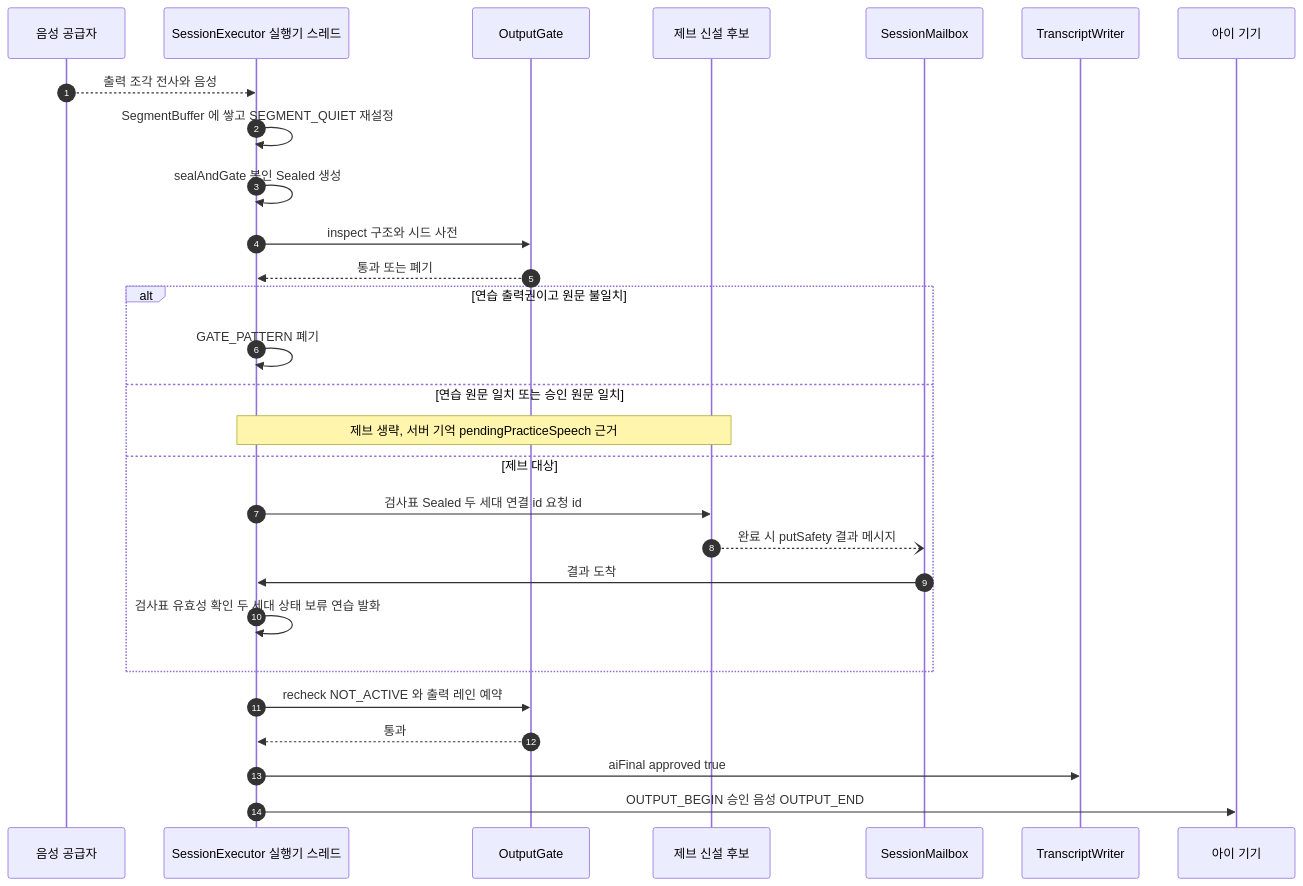
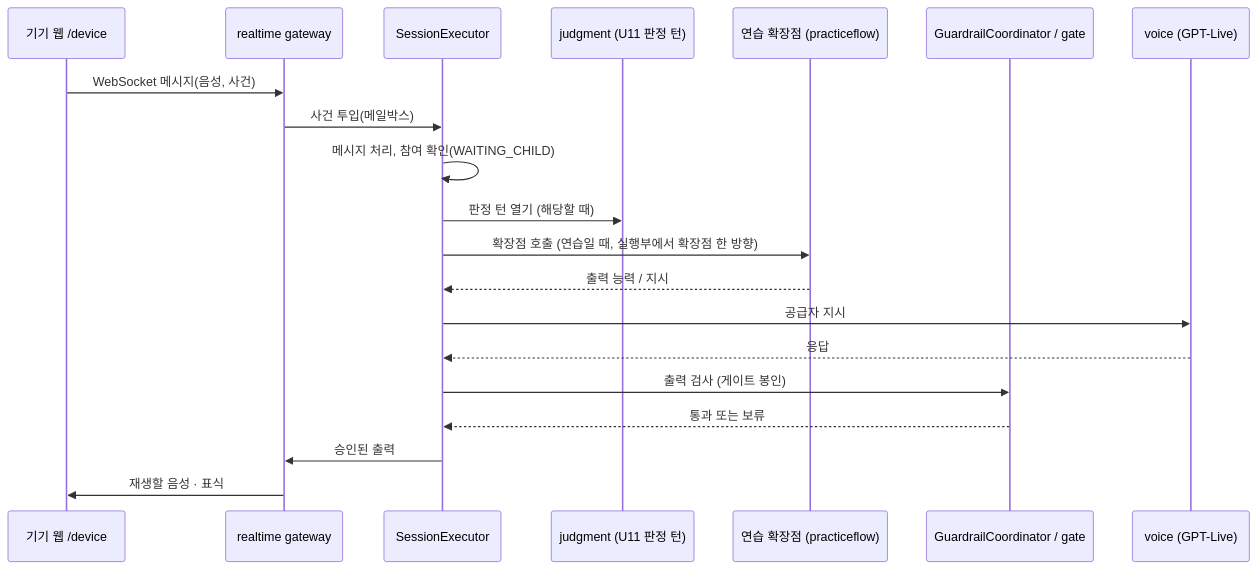
One commit to team-jomyung/mujungi changed the second of 3 diagrams in aidlc/spaces/default/codekb/mujungi/architecture.md. Above: the diagram before and after it, drawn with Mermaid. The commit also changed other lines of this file and 34 other files, not shown here.

````diff
--- a/aidlc/spaces/default/codekb/mujungi/architecture.md
+++ b/aidlc/spaces/default/codekb/mujungi/architecture.md
@@ -185,30 +53,22 @@
 ```mermaid
 sequenceDiagram
-    autonumber
-    participant V as 음성 공급자
-    participant E as SessionExecutor 실행기 스레드
-    participant G as OutputGate
-    participant J as 제브 신설 후보
-    participant M as SessionMailbox
-    participant W as TranscriptWriter
-    participant D as 아이 기기
-    V-->>E: 출력 조각 전사와 음성
-    E->>E: SegmentBuffer 에 쌓고 SEGMENT_QUIET 재설정
-    E->>E: sealAndGate 봉인 Sealed 생성
-    E->>G: inspect 구조와 시드 사전
-    G-->>E: 통과 또는 폐기
-    alt 연습 출력권이고 원문 불일치
-        E->>E: GATE_PATTERN 폐기
-    else 연습 원문 일치 또는 승인 원문 일치
-        Note over E,J: 제브 생략, 서버 기억 pendingPracticeSpeech 근거
-    else 제브 대상
-        E->>J: 검사표 Sealed 두 세대 연결 id 요청 id
-        J--)M: 완료 시 putSafety 결과 메시지
-        M->>E: 결과 도착
-        E->>E: 검사표 유효성 확인 두 세대 상태 보류 연습 발화
-    end
-    E->>G: recheck NOT_ACTIVE 와 출력 레인 예약
-    G-->>E: 통과
-    E->>W: aiFinal approved true
-    E->>D: OUTPUT_BEGIN 승인 음성 OUTPUT_END
+  participant Dev as 기기 웹 /device
+  participant GW as realtime gateway
+  participant EX as SessionExecutor
+  participant JU as judgment (U11 판정 턴)
+  participant PX as 연습 확장점 (practiceflow)
+  participant GR as GuardrailCoordinator / gate
+  participant VO as voice (GPT-Live)
+  Dev->>GW: WebSocket 메시지(음성, 사건)
+  GW->>EX: 사건 투입(메일박스)
+  EX->>EX: 메시지 처리, 참여 확인(WAITING_CHILD)
+  EX->>JU: 판정 턴 열기 (해당할 때)
+  EX->>PX: 확장점 호출 (연습일 때, 실행부에서 확장점 한 방향)
+  PX-->>EX: 출력 능력 / 지시
+  EX->>VO: 공급자 지시
+  VO-->>EX: 응답
+  EX->>GR: 출력 검사 (게이트 봉인)
+  GR-->>EX: 통과 또는 보류
+  EX->>GW: 승인된 출력
+  GW->>Dev: 재생할 음성 · 표식
 ```
````
